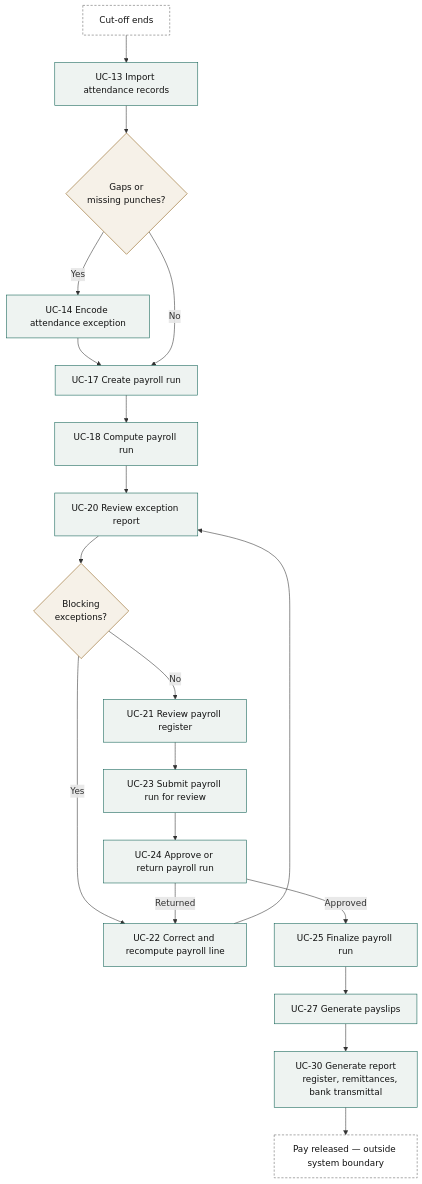
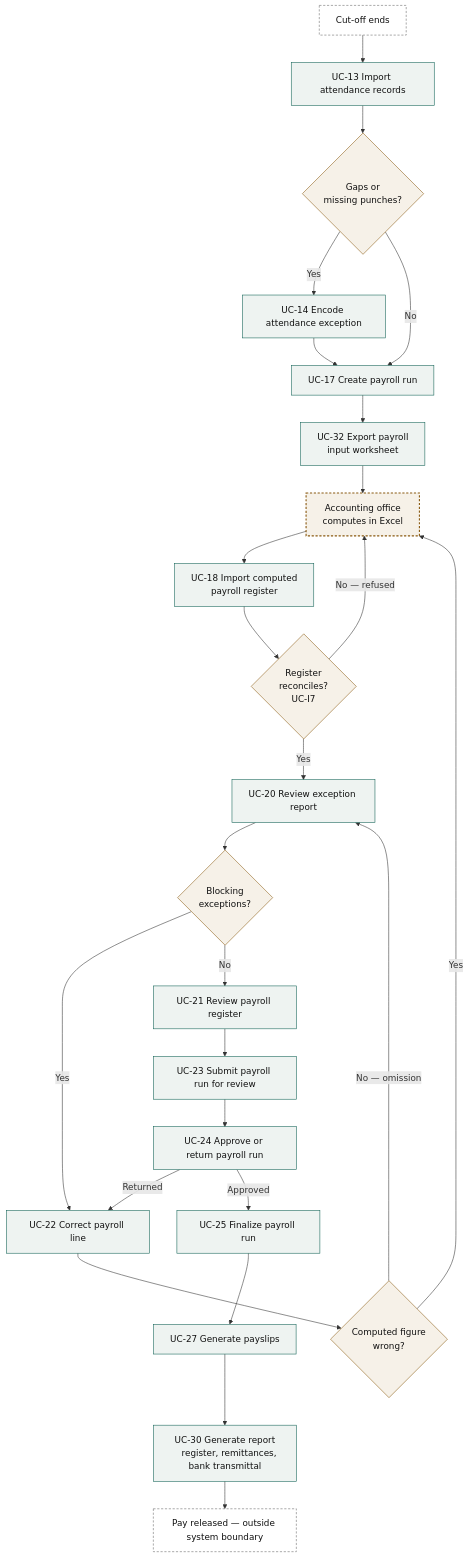
One commit to rjfat/municipal-payroll-system changed the eighth of 8 diagrams in docs/use-case-model.md. Above: the diagram before and after it, drawn with Mermaid. The commit also changed other lines of this file and 9 other files, not shown here.

````diff
--- a/docs/use-case-model.md
+++ b/docs/use-case-model.md
@@ -480,31 +508,45 @@
 ```mermaid
 flowchart TD
     A["Cut-off ends"] --> B["UC-13 Import attendance records"]
     B --> C{"Gaps or
     missing punches?"}
     C -->|Yes| D["UC-14 Encode attendance exception"]
     D --> E
     C -->|No| E["UC-17 Create payroll run"]
-    E --> F["UC-18 Compute payroll run"]
-    F --> G["UC-20 Review exception report"]
+    E --> X1["UC-32 Export payroll
+    input worksheet"]
+    X1 --> X2["Accounting office
+    computes in Excel"]
+    X2 --> F["UC-18 Import computed
+    payroll register"]
+    F --> R{"Register
+    reconciles?
+    UC-I7"}
+    R -->|No — refused| X2
+    R -->|Yes| G["UC-20 Review exception report"]
     G --> H{"Blocking
     exceptions?"}
-    H -->|Yes| I["UC-22 Correct and recompute payroll line"]
-    I --> G
+    H -->|Yes| I["UC-22 Correct payroll line"]
+    I --> I2{"Computed figure
+    wrong?"}
+    I2 -->|Yes| X2
+    I2 -->|"No — omission"| G
     H -->|No| J["UC-21 Review payroll register"]
     J --> K["UC-23 Submit payroll run for review"]
     K --> L["UC-24 Approve or return payroll run"]
     L -->|Returned| I
     L -->|Approved| M["UC-25 Finalize payroll run"]
     M --> N["UC-27 Generate payslips"]
     N --> O["UC-30 Generate report
     register, remittances, bank transmittal"]
     O --> P["Pay released — outside system boundary"]
 
     classDef step fill:#eef3f1,stroke:#0F6154,stroke-width:1px,color:#111;
     classDef gate fill:#f6f1e8,stroke:#8A5A12,stroke-width:1px,color:#111;
     classDef ext fill:#ffffff,stroke:#666,stroke-width:1px,stroke-dasharray:4 3,color:#111;
-    class B,D,E,F,G,I,J,K,L,M,N,O step;
-    class C,H gate;
+    classDef out fill:#f6f1e8,stroke:#8A5A12,stroke-width:2px,stroke-dasharray:4 3,color:#111;
+    class B,D,E,X1,F,G,I,J,K,L,M,N,O step;
+    class C,H,R,I2 gate;
     class A,P ext;
+    class X2 out;
 ```
````
